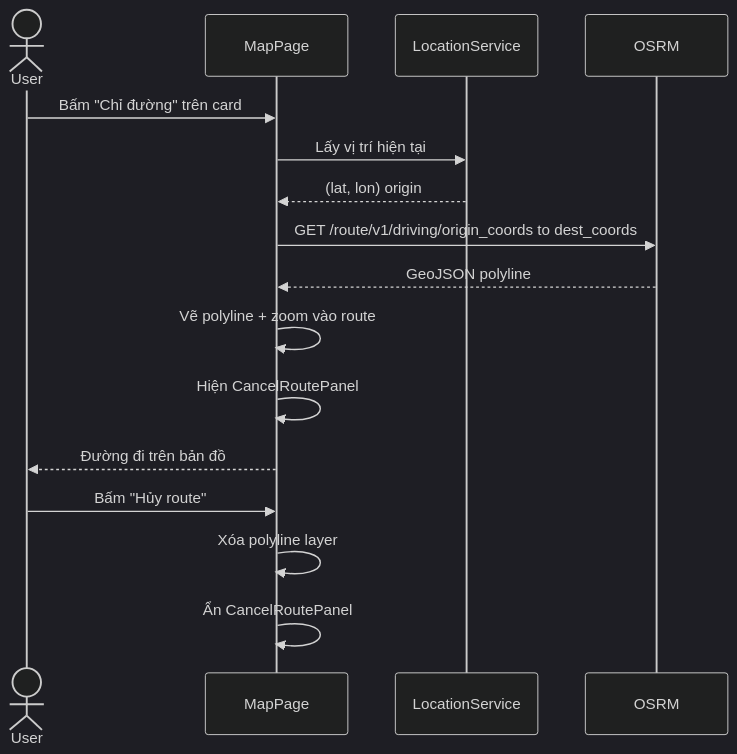
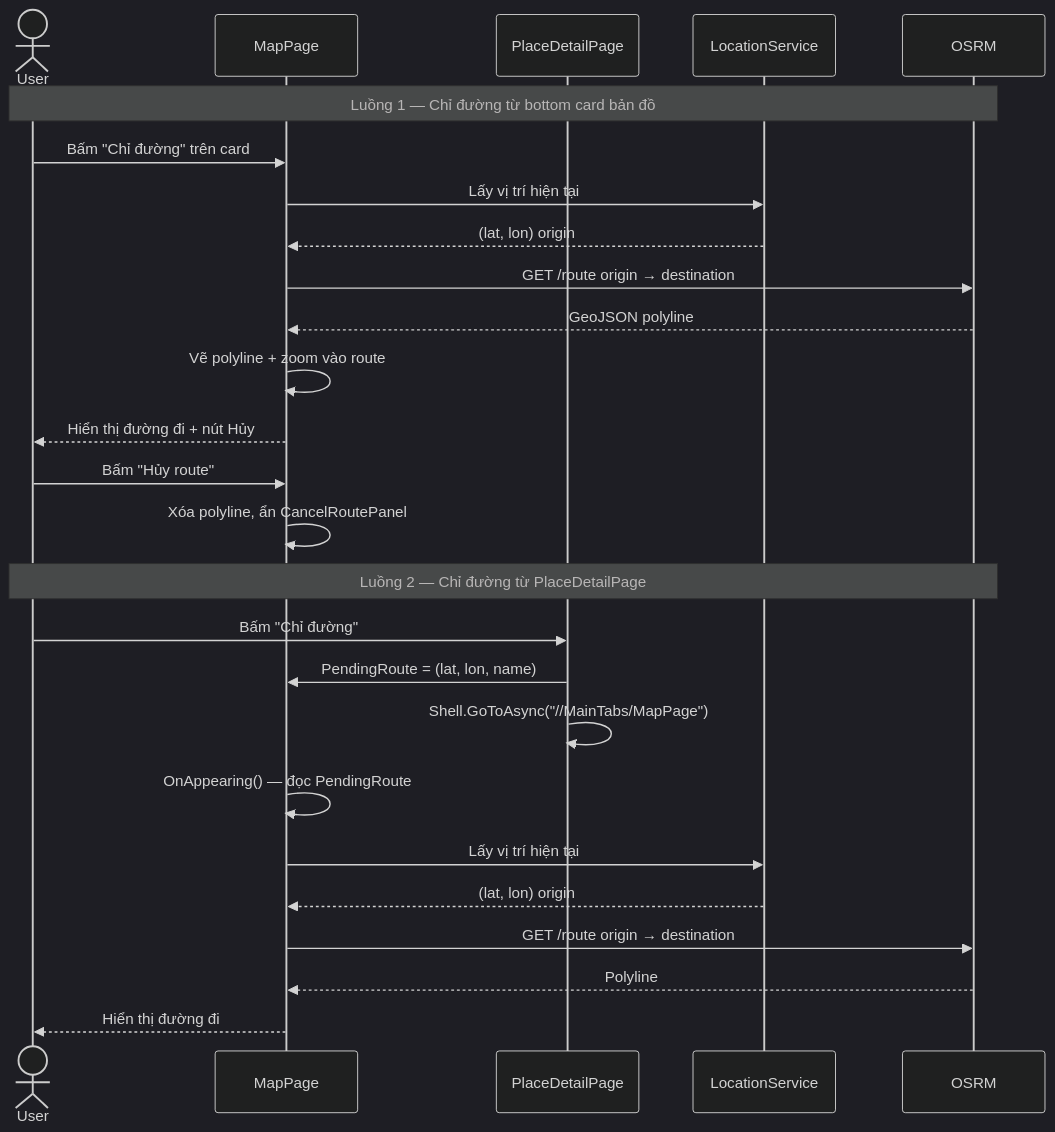
One commit to MTai55/TourguideProjectApp changed the eighth of 21 diagrams in PRD.md. Above: the diagram before and after it, drawn with Mermaid (dark theme). The commit also changed other lines of this file, not shown here.

Commit message:
diagrams

````diff
--- a/PRD.md
+++ b/PRD.md
@@ -1166,20 +1148,31 @@
 ```mermaid
 sequenceDiagram
     actor User
     participant MapPage
+    participant PlaceDetailPage
     participant LocationService
     participant OSRM
 
+    Note over User,OSRM: Luồng 1 — Chỉ đường từ bottom card bản đồ
     User->>MapPage: Bấm "Chỉ đường" trên card
     MapPage->>LocationService: Lấy vị trí hiện tại
     LocationService-->>MapPage: (lat, lon) origin
-    MapPage->>OSRM: GET /route/v1/driving/origin_coords to dest_coords
+    MapPage->>OSRM: GET /route origin → destination
     OSRM-->>MapPage: GeoJSON polyline
     MapPage->>MapPage: Vẽ polyline + zoom vào route
-    MapPage->>MapPage: Hiện CancelRoutePanel
-    MapPage-->>User: Đường đi trên bản đồ
+    MapPage-->>User: Hiển thị đường đi + nút Hủy
 
     User->>MapPage: Bấm "Hủy route"
-    MapPage->>MapPage: Xóa polyline layer
-    MapPage->>MapPage: Ẩn CancelRoutePanel
+    MapPage->>MapPage: Xóa polyline, ẩn CancelRoutePanel
+
+    Note over User,OSRM: Luồng 2 — Chỉ đường từ PlaceDetailPage
+    User->>PlaceDetailPage: Bấm "Chỉ đường"
+    PlaceDetailPage->>MapPage: PendingRoute = (lat, lon, name)
+    PlaceDetailPage->>PlaceDetailPage: Shell.GoToAsync("//MainTabs/MapPage")
+    MapPage->>MapPage: OnAppearing() — đọc PendingRoute
+    MapPage->>LocationService: Lấy vị trí hiện tại
+    LocationService-->>MapPage: (lat, lon) origin
+    MapPage->>OSRM: GET /route origin → destination
+    OSRM-->>MapPage: Polyline
+    MapPage-->>User: Hiển thị đường đi
 ```
````
